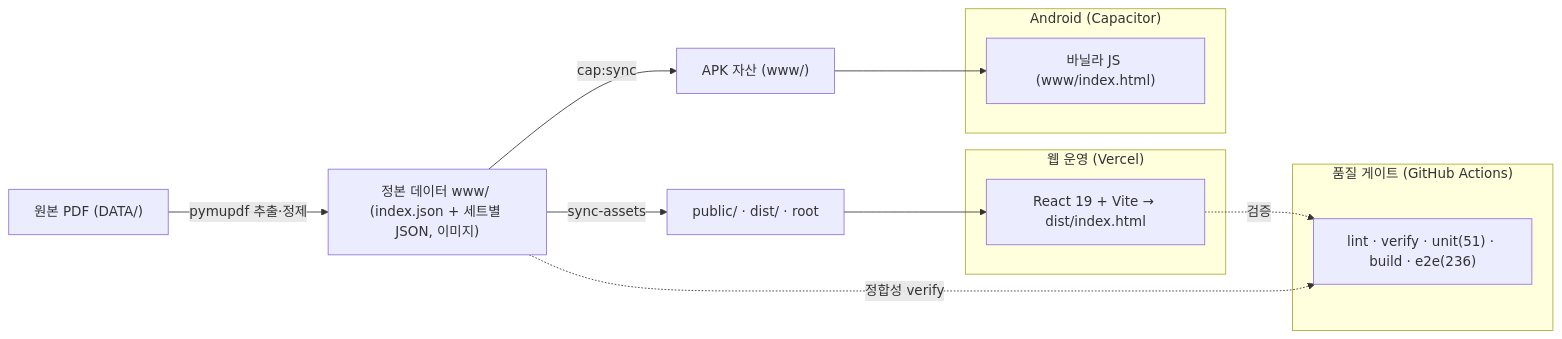
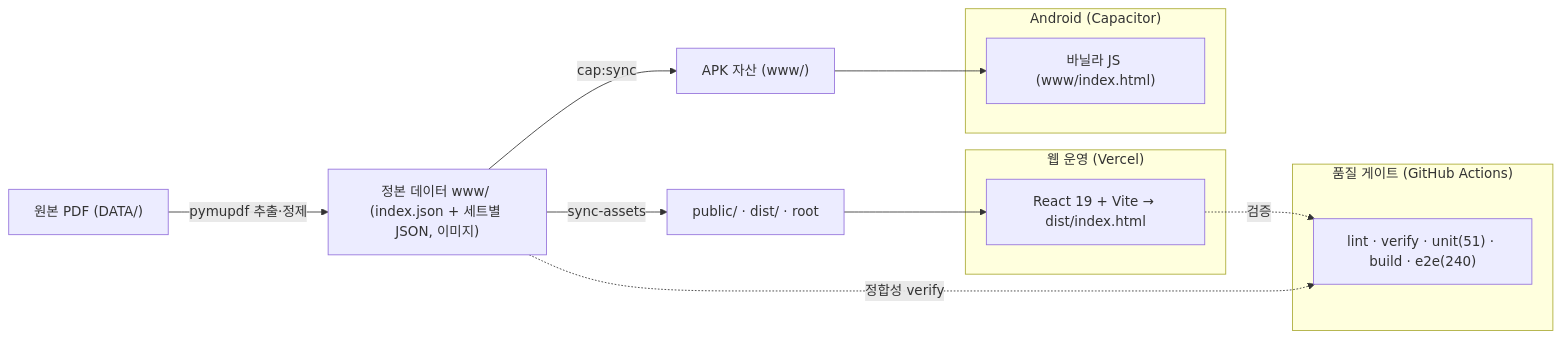
The diagram in README.md (WindowHyun/ISTQB), drawn with Mermaid before and after one commit. The commit also changed other lines of this file and 10 other files, not shown here.

````diff
--- a/README.md
+++ b/README.md
@@ -163,21 +163,21 @@
 ```mermaid
 flowchart LR
   PDF["원본 PDF (DATA/)"] -->|pymupdf 추출·정제| SRC["정본 데이터 www/ (index.json + 세트별 JSON, 이미지)"]
   SRC -->|sync-assets| PUB["public/ · dist/ · root"]
   SRC -->|cap:sync| WWW["APK 자산 (www/)"]
 
   subgraph 웹_운영["웹 운영 (Vercel)"]
     REACT["React 19 + Vite → dist/index.html"]
   end
   subgraph APK["Android (Capacitor)"]
     VANILLA["바닐라 JS (www/index.html)"]
   end
   PUB --> REACT
   WWW --> VANILLA
 
   subgraph 품질["품질 게이트 (GitHub Actions)"]
-    CI["lint · verify · unit(51) · build · e2e(236)"]
+    CI["lint · verify · unit(51) · build · e2e(240)"]
   end
   REACT -.검증.-> CI
   SRC -.정합성 verify.-> CI
 ```
````
